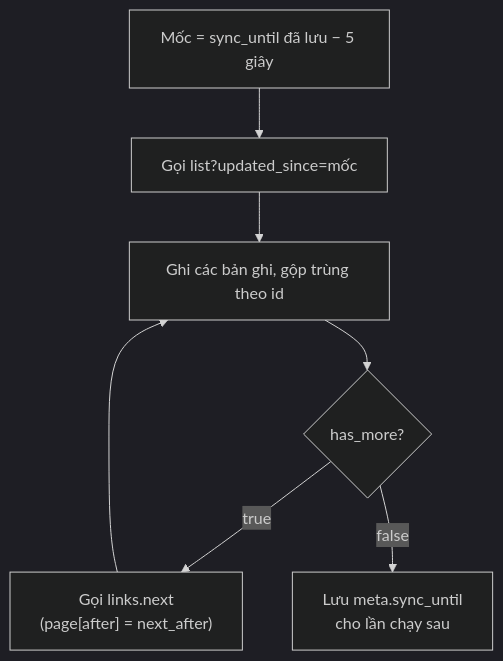
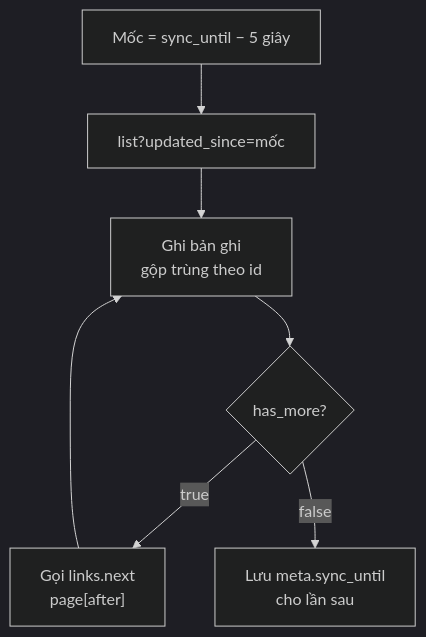
The second of 4 diagrams in api/api-sync_vi.md (gp247net/gp247-docs), drawn with Mermaid (dark theme) before and after one commit. The commit also changed other lines of this file and 44 other files, not shown here.

First line of the commit message:
docs: redraw oversized diagrams in security, API and MCP docs (vi/en/ja)

````diff
--- a/api/api-sync_vi.md
+++ b/api/api-sync_vi.md
@@ -69,9 +69,9 @@
 ```mermaid
 flowchart TD
-    A["Mốc = sync_until đã lưu − 5 giây"] --> B["Gọi list?updated_since=mốc"]
-    B --> C["Ghi các bản ghi, gộp trùng theo id"]
+    A["Mốc = sync_until − 5 giây"] --> B["list?updated_since=mốc"]
+    B --> C["Ghi bản ghi<br/>gộp trùng theo id"]
     C --> D{"has_more?"}
-    D -- "true" --> E["Gọi links.next<br/>(page[after] = next_after)"]
+    D -- "true" --> E["Gọi links.next<br/>page[after]"]
     E --> C
-    D -- "false" --> F["Lưu meta.sync_until<br/>cho lần chạy sau"]
+    D -- "false" --> F["Lưu meta.sync_until<br/>cho lần sau"]
 ```
````
